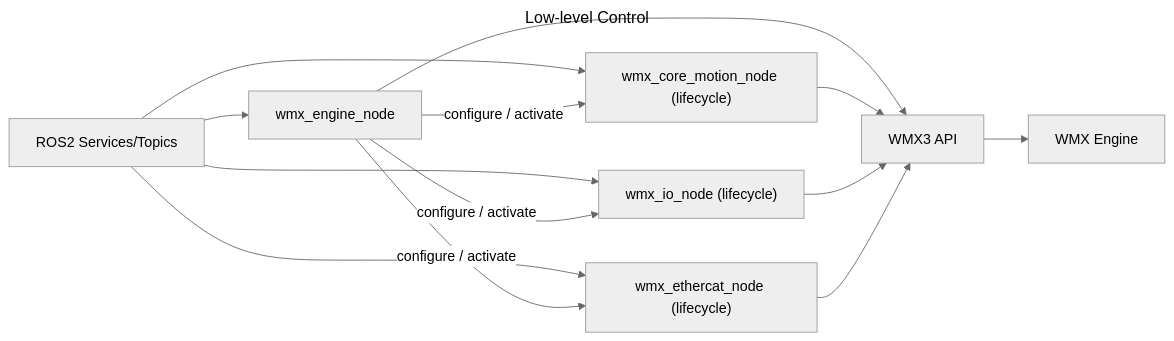
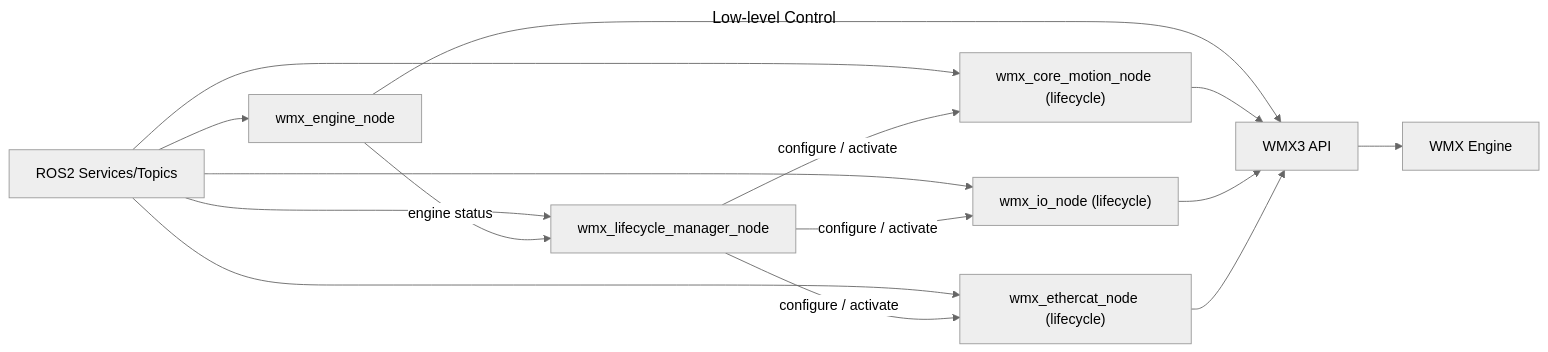
Before and after one commit to movensys/wmx-ros2: the first of 2 diagrams in README.md, drawn with Mermaid (neutral theme). The commit also changed other lines of this file and 4 other files, not shown here.

````diff
--- a/README.md
+++ b/README.md
@@ -58,18 +58,20 @@
 ```mermaid
 ---
 title: Low-level Control
 ---
 flowchart LR;
     A[ROS2 Services/Topics] --> B[wmx_engine_node];
+    A --> M[wmx_lifecycle_manager_node];
     A --> C["wmx_core_motion_node (lifecycle)"];
     A --> D["wmx_io_node (lifecycle)"];
     A --> E["wmx_ethercat_node (lifecycle)"];
-    B -->|configure / activate| C;
-    B -->|configure / activate| D;
-    B -->|configure / activate| E;
+    B -->|engine status| M;
+    M -->|configure / activate| C;
+    M -->|configure / activate| D;
+    M -->|configure / activate| E;
     B --> F[WMX3 API];
     C --> F;
     D --> F;
     E --> F;
     F --> G[WMX Engine];
 ```
````
